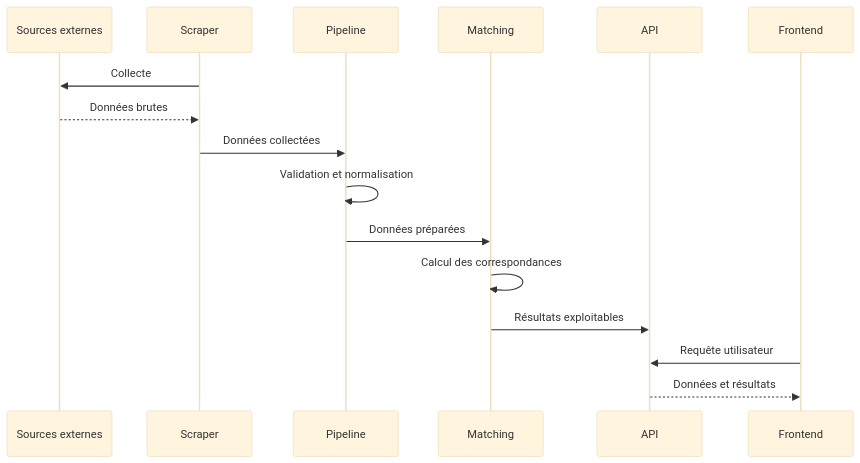
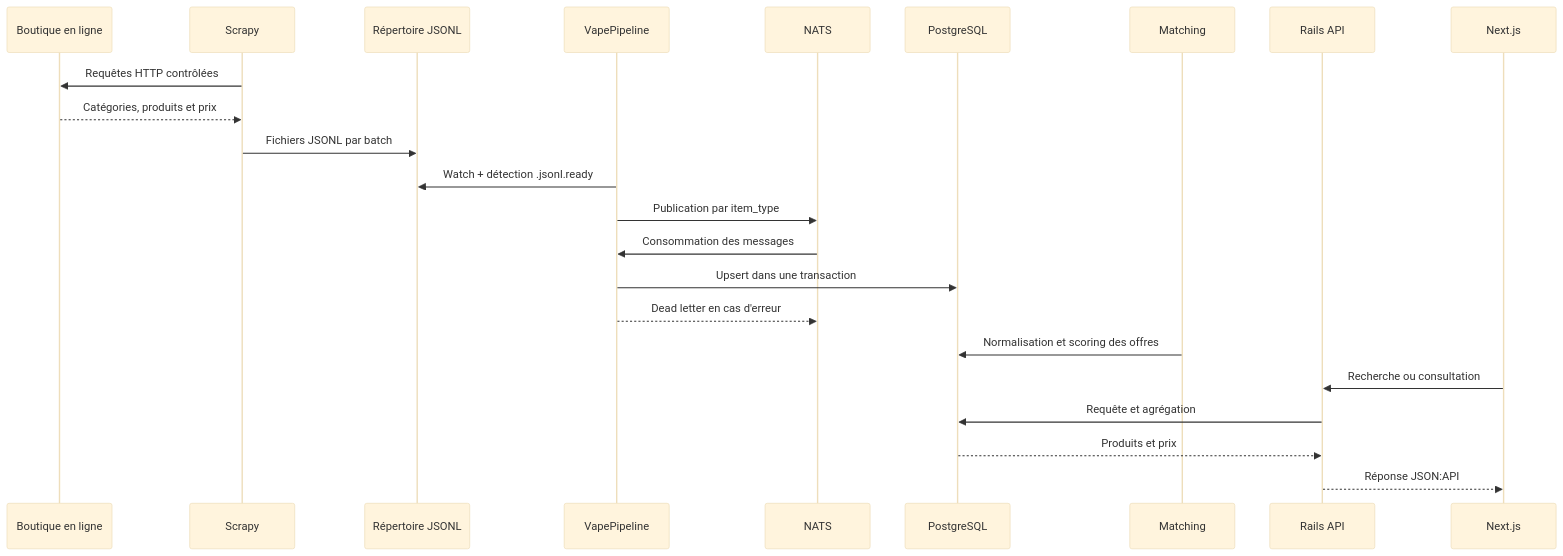
Before and after one commit to darkslategrey/vapalape-public: the second of 2 diagrams in README.md, drawn with Mermaid (base theme). The commit also changed other lines of this file and 6 other files, not shown here.

````diff
--- a/README.md
+++ b/README.md
@@ -50,19 +46,26 @@
 ```mermaid
 sequenceDiagram
-    participant Source as Sources externes
-    participant Scraper
-    participant Pipeline
-    participant Matching
-    participant API
-    participant UI as Frontend
+    participant Shop as Boutique en ligne
+    participant Scraper as Scrapy
+    participant Files as Répertoire JSONL
+    participant Pipeline as VapePipeline
+    participant NATS
+    participant DB as PostgreSQL
+    participant Match as Matching
+    participant API as Rails API
+    participant UI as Next.js
 
-    Scraper->>Source: Collecte
-    Source-->>Scraper: Données brutes
-    Scraper->>Pipeline: Données collectées
-    Pipeline->>Pipeline: Validation et normalisation
-    Pipeline->>Matching: Données préparées
-    Matching->>Matching: Calcul des correspondances
-    Matching->>API: Résultats exploitables
-    UI->>API: Requête utilisateur
-    API-->>UI: Données et résultats
+    Scraper->>Shop: Requêtes HTTP contrôlées
+    Shop-->>Scraper: Catégories, produits et prix
+    Scraper->>Files: Fichiers JSONL par batch
+    Pipeline->>Files: Watch + détection .jsonl.ready
+    Pipeline->>NATS: Publication par item_type
+    NATS->>Pipeline: Consommation des messages
+    Pipeline->>DB: Upsert dans une transaction
+    Pipeline-->>NATS: Dead letter en cas d'erreur
+    Match->>DB: Normalisation et scoring des offres
+    UI->>API: Recherche ou consultation
+    API->>DB: Requête et agrégation
+    DB-->>API: Produits et prix
+    API-->>UI: Réponse JSON:API
 ```
````
